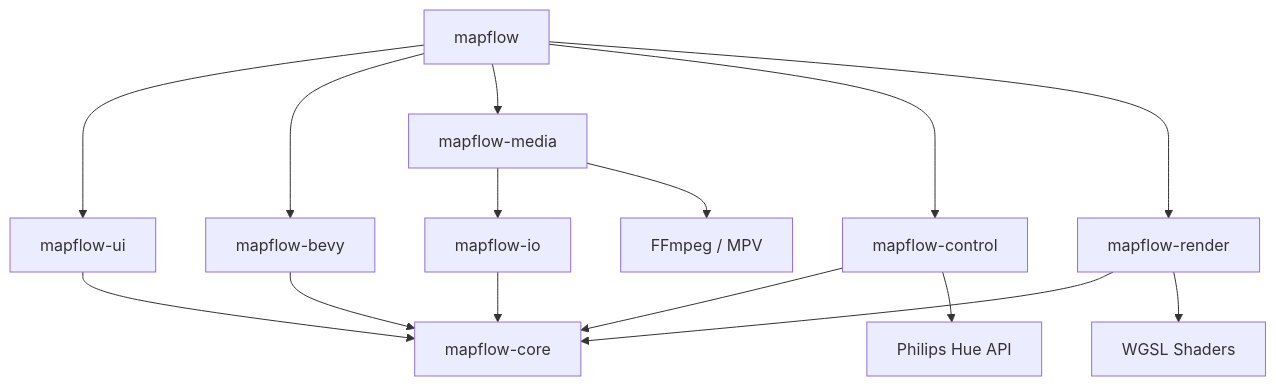
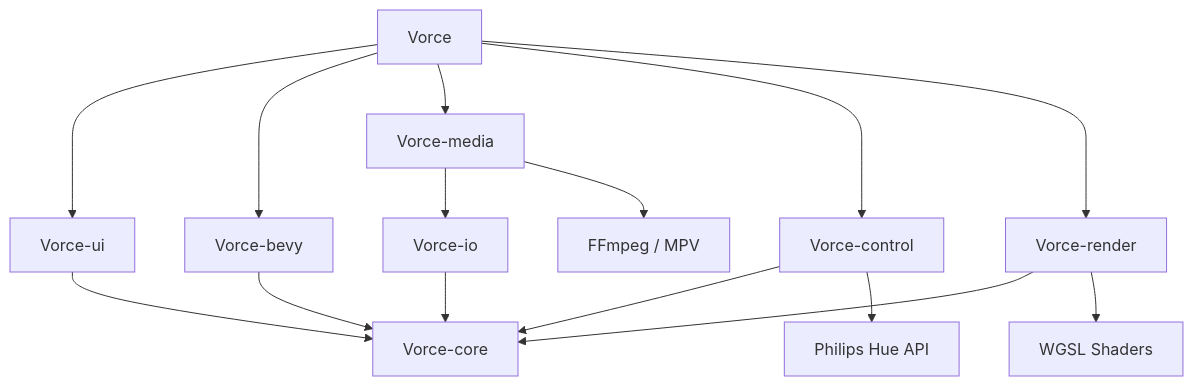
One commit to Vorce-Studios/Vorce changed the diagram in docs/A1_SYSTEM/B1_ARCHITECTURE/DOC-C1_OVERVIEW.md. Above: the diagram before and after it, drawn with Mermaid. The commit also changed other lines of this file and 128 other files, not shown here.

Commit message:
feat: Initialize project with core modules, UI, control, and extensive documentation.

````diff
--- a/docs/A1_SYSTEM/B1_ARCHITECTURE/DOC-C1_OVERVIEW.md
+++ b/docs/A1_SYSTEM/B1_ARCHITECTURE/DOC-C1_OVERVIEW.md
@@ -11,21 +11,21 @@
 ```mermaid
 graph TD
     %% Crates
-    Main[mapflow] --> UI[mapflow-ui]
-    Main --> Bevy[mapflow-bevy]
-    Main --> Media[mapflow-media]
-    Main --> Control[mapflow-control]
-    Main --> Render[mapflow-render]
+    Main[Vorce] --> UI[Vorce-ui]
+    Main --> Bevy[Vorce-bevy]
+    Main --> Media[Vorce-media]
+    Main --> Control[Vorce-control]
+    Main --> Render[Vorce-render]
 
-    UI --> Core[mapflow-core]
+    UI --> Core[Vorce-core]
     Render --> Core
     Bevy --> Core
     Control --> Core
-    Media --> IO[mapflow-io]
+    Media --> IO[Vorce-io]
     IO --> Core
 
     %% Externe Ressourcen
     Render --> Shaders[WGSL Shaders]
     Media --> FFmpeg[FFmpeg / MPV]
     Control --> Hue[Philips Hue API]
 ```
````
